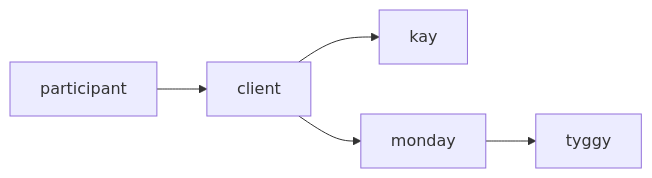
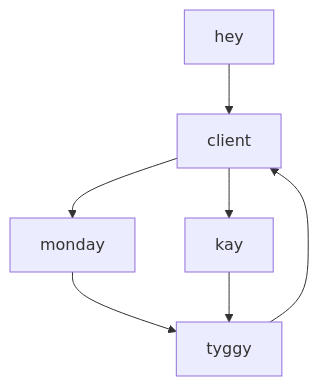
One commit to btyggy/btyggy changed the diagram in mer.md. Above: the diagram before and after it, drawn with Mermaid.

````diff
--- a/mer.md
+++ b/mer.md
@@ -1,7 +1,9 @@
 ```mermaid
-flowchart LR
-participant -->client
+flowchart 
+hey -->client
 client-->kay;
 client-->monday
-monday -->tyggy;
+monday -->tyggy
+kay --> tyggy
+tyggy-->client
 ```
````
